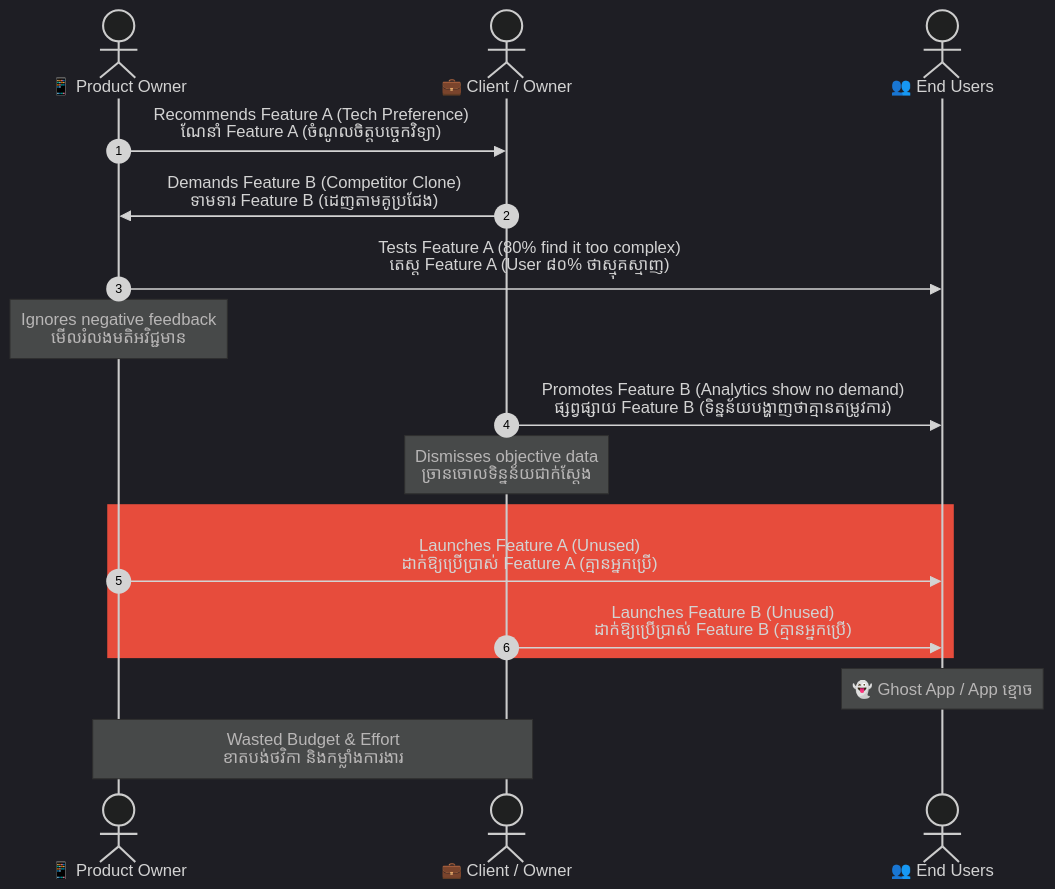
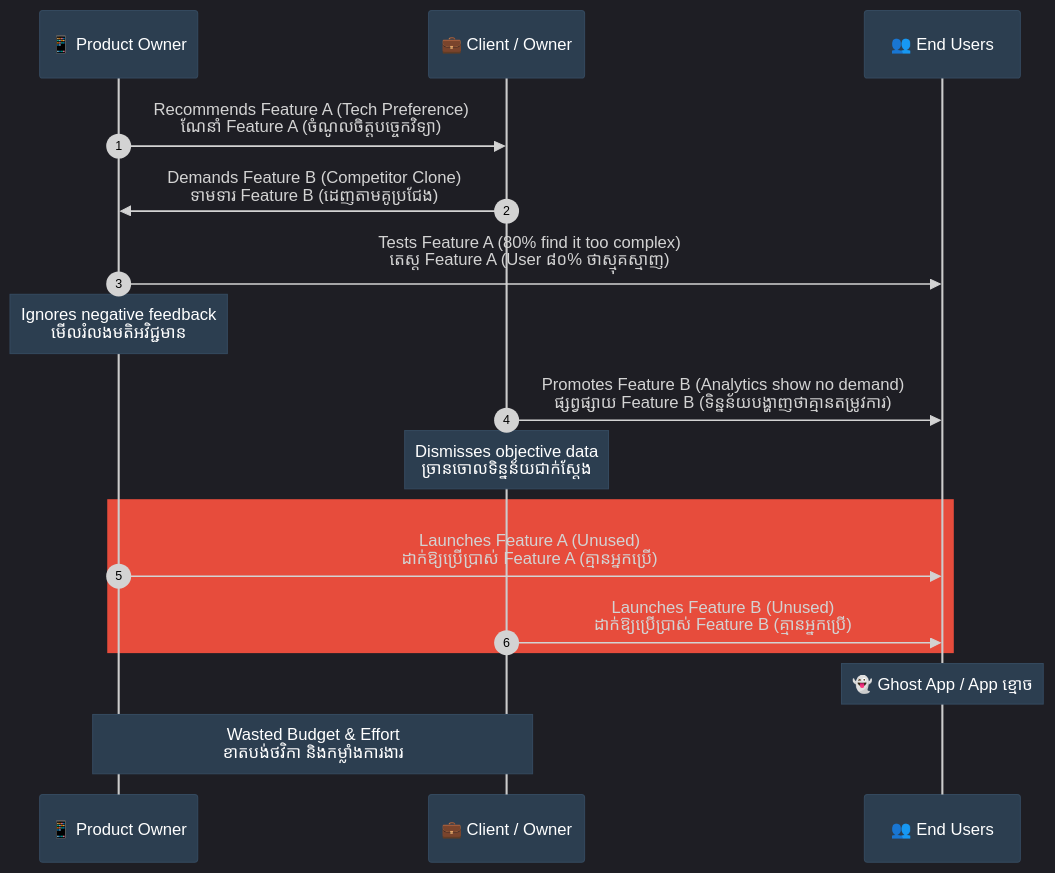
The third of 7 diagrams in feeds/concepts/articles/01-confirmation-bias.md (GuideStack/iblogger-feeds), drawn with Mermaid before and after one commit. The commit also changed other lines of this file and 4 other files, not shown here.

Commit message:
style(visual): upgrade remaining sequence diagrams to participant boxes with contrast outlines

````diff
--- a/feeds/concepts/articles/01-confirmation-bias.md
+++ b/feeds/concepts/articles/01-confirmation-bias.md
@@ -216,33 +222,39 @@
 ```mermaid
 %%{init: {
   'theme': 'dark',
   'themeVariables': {
     'background': '#1e1e1e',
     'primaryTextColor': '#ffffff',
-    'lineColor': '#a0a0a0'
+    'lineColor': '#a0a0a0',
+    'actorBkg': '#2c3e50',
+    'actorBorder': '#34495e',
+    'actorTextColor': '#ffffff',
+    'noteBkgColor': '#2c3e50',
+    'noteTextColor': '#ffffff',
+    'noteBorderColor': '#34495e'
   },
-  'themeCSS': 'svg { background-color: #1e1e1e !important; padding: 1rem !important; border-radius: 8px !important; } .edgeLabel rect { fill: #1e1e1e !important; } text, tspan { fill: #ffffff !important; }'
+  'themeCSS': 'svg { background-color: #1e1e1e !important; padding: 1rem !important; border-radius: 8px !important; } .edgeLabel rect { fill: #1e1e1e !important; } text, tspan { fill: #ffffff !important; } .messageText, .messageText tspan, .signalText, .signalText tspan { fill: #ffffff !important; stroke: #1e1e1e !important; stroke-width: 3px !important; paint-order: stroke fill !important; stroke-linejoin: round !important; }'
 }}%%
 sequenceDiagram
     autonumber
-    actor PO as 📱 Product Owner
-    actor Client as 💼 Client / Owner
-    actor Users as 👥 End Users
+    participant PO as 📱 Product Owner
+    participant Client as 💼 Client / Owner
+    participant Users as 👥 End Users
 
     PO->>Client: Recommends Feature A (Tech Preference)<br/>ណែនាំ Feature A (ចំណូលចិត្តបច្ចេកវិទ្យា)
     Client->>PO: Demands Feature B (Competitor Clone)<br/>ទាមទារ Feature B (ដេញតាមគូប្រជែង)
     
     PO->>Users: Tests Feature A (80% find it too complex)<br/>តេស្ត Feature A (User ៨០% ថាស្មុគស្មាញ)
     Note over PO: Ignores negative feedback<br/>មើលរំលងមតិអវិជ្ជមាន
     
     Client->>Users: Promotes Feature B (Analytics show no demand)<br/>ផ្សព្វផ្សាយ Feature B (ទិន្នន័យបង្ហាញថាគ្មានតម្រូវការ)
     Note over Client: Dismisses objective data<br/>ច្រានចោលទិន្នន័យជាក់ស្តែង
     
     rect rgb(231, 76, 60)
         PO->>Users: Launches Feature A (Unused)<br/>ដាក់ឱ្យប្រើប្រាស់ Feature A (គ្មានអ្នកប្រើ)
         Client->>Users: Launches Feature B (Unused)<br/>ដាក់ឱ្យប្រើប្រាស់ Feature B (គ្មានអ្នកប្រើ)
     end
     
     Note over Users: 👻 Ghost App / App ខ្មោច
     Note over PO, Client: Wasted Budget & Effort<br/>ខាតបង់ថវិកា និងកម្លាំងការងារ
 ```
````
